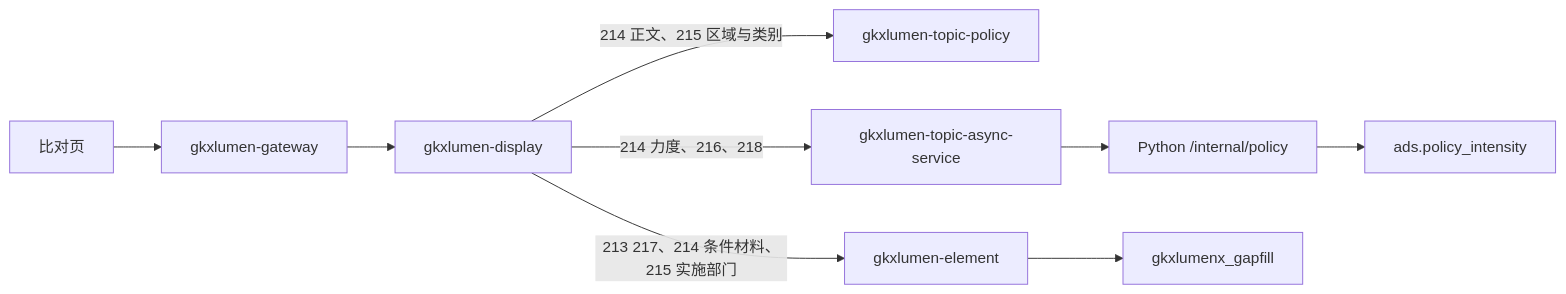
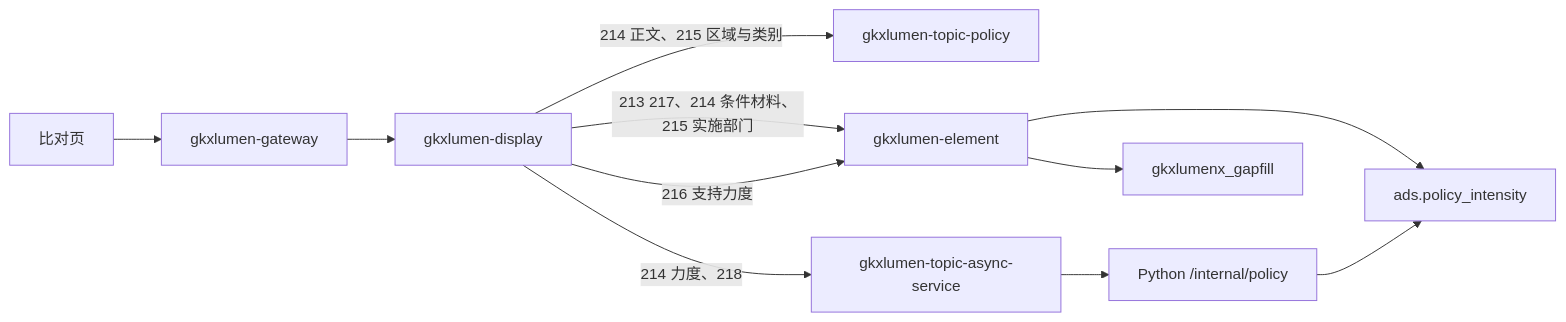
The diagram in agent-delivery/agent-handoffs/科技政策跟踪-POL/sdd/l2/POL-L2-DS10-CMP-ARCH.md (Marisolebxf/-), drawn with Mermaid before and after one commit. The commit also changed other lines of this file, not shown here.

First line of the commit message:
docs(policy): 标杆支持力度改为同步统计读 [agent:architect-agent]

````diff
--- a/agent-delivery/agent-handoffs/科技政策跟踪-POL/sdd/l2/POL-L2-DS10-CMP-ARCH.md
+++ b/agent-delivery/agent-handoffs/科技政策跟踪-POL/sdd/l2/POL-L2-DS10-CMP-ARCH.md
@@ -48,16 +49,17 @@
 ```mermaid
 flowchart LR
   fe["比对页"]
   gw["gkxlumen-gateway"]
   bff["gkxlumen-display"]
   tp["gkxlumen-topic-policy"]
   el["gkxlumen-element"]
   async["gkxlumen-topic-async-service"]
   py["Python /internal/policy"]
   ads["ads.policy_intensity"]
   gap["gkxlumenx_gapfill"]
   fe --> gw --> bff
   bff -->|"214 正文、215 区域与类别"| tp
   bff -->|"213 217、214 条件材料、215 实施部门"| el --> gap
-  bff -->|"214 力度、216、218"| async --> py --> ads
+  bff -->|"216 支持力度"| el --> ads
+  bff -->|"214 力度、218"| async --> py --> ads
 ```
````
